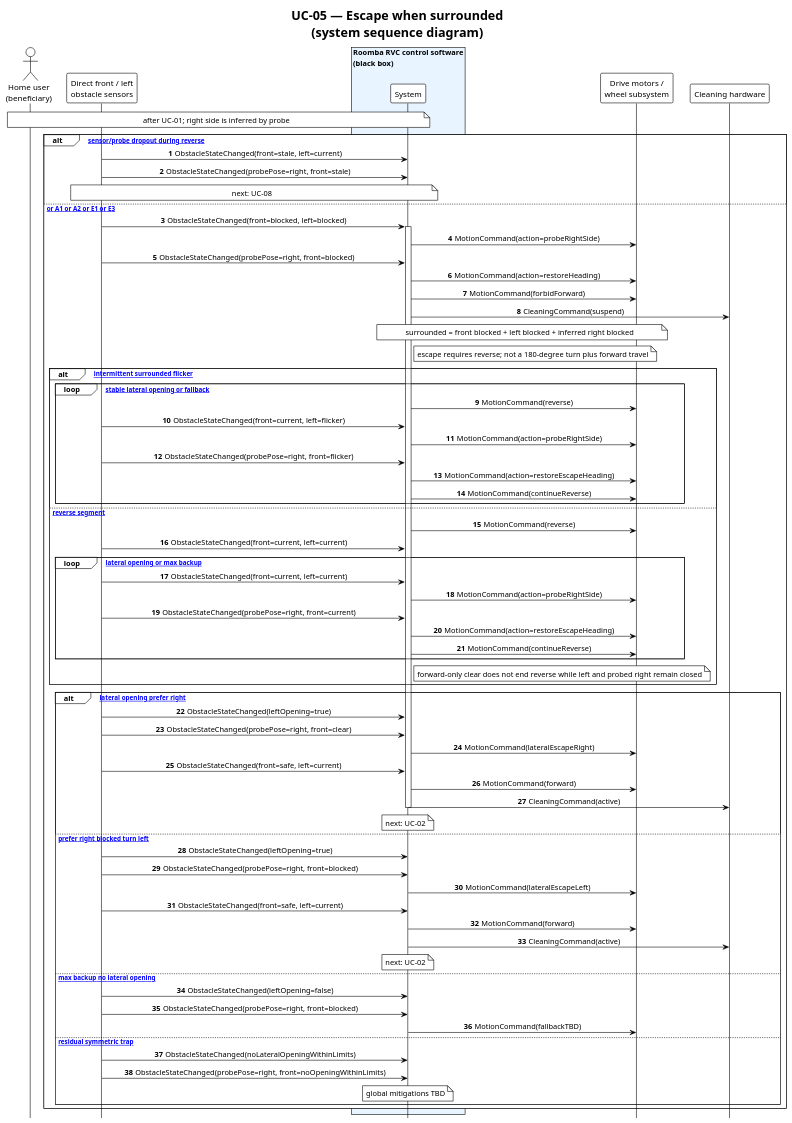
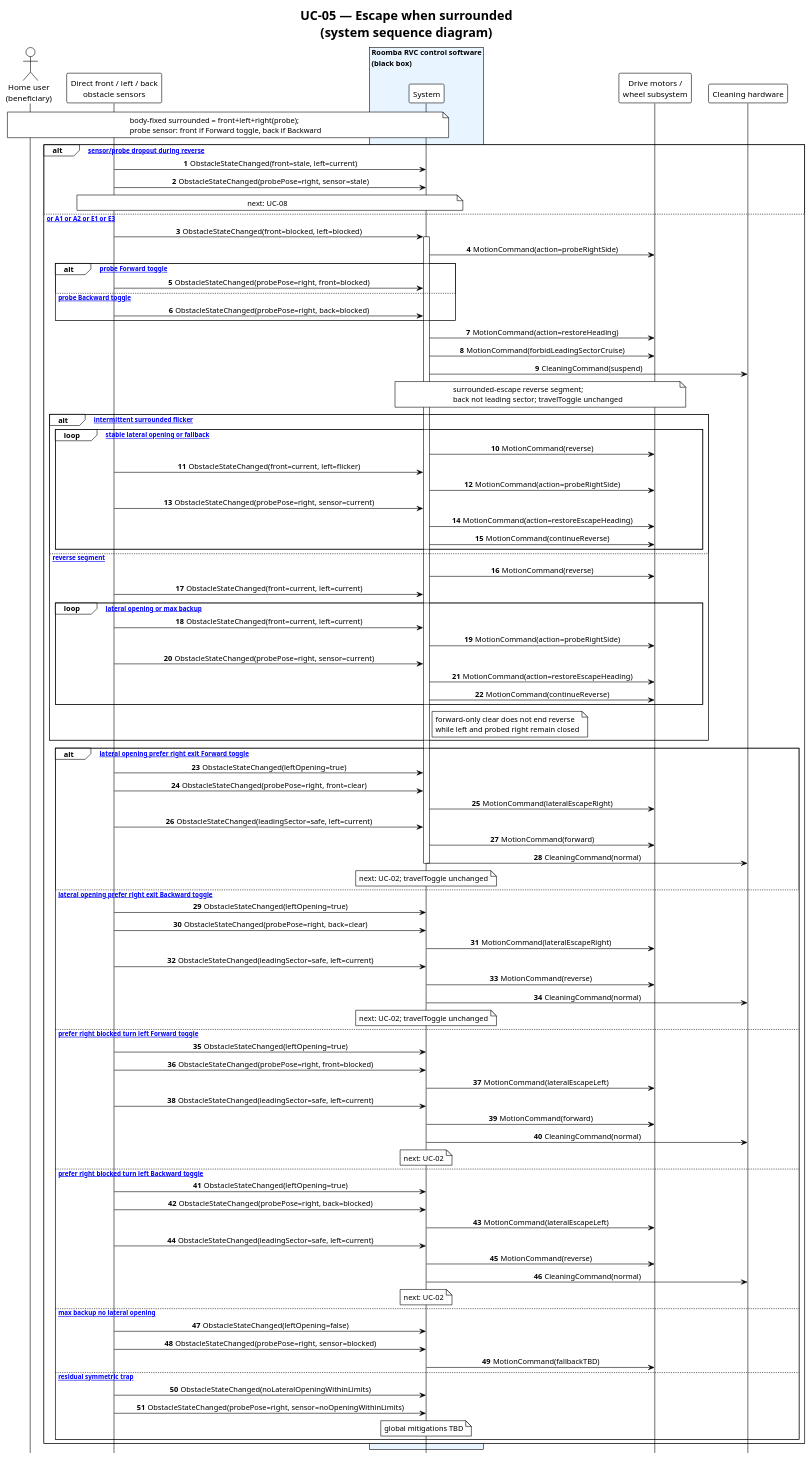
Before and after one commit to Deilise/OOAD-with-AI: the diagram in 2nd ooad/03_diagrams/ssd/UC05_system_sequence.puml, drawn with PlantUML. The commit also changed 101 other files, not shown here.

First line of the commit message:
Align RVC stack to SRS/use-case v0.7.2 (travelToggle, back sensor, dust maneuver).

```diff
--- a/2nd ooad/03_diagrams/ssd/UC05_system_sequence.puml
+++ b/2nd ooad/03_diagrams/ssd/UC05_system_sequence.puml
@@ -1,89 +1,110 @@
 @startuml UC05_system_sequence
 !theme plain
 hide footbox
 skinparam sequenceMessageAlign center
 skinparam responseMessageBelowArrow true
 skinparam BoxPadding 10
 autonumber
 
 title UC-05 — Escape when surrounded\n(system sequence diagram)
 
 actor "Home user\n(beneficiary)" as User
-participant "Direct front / left\nobstacle sensors" as Obs
+participant "Direct front / left / back\nobstacle sensors" as Obs
 box "Roomba RVC control software\n(black box)" #E8F4FF
   participant "System" as Sys
 end box
 participant "Drive motors /\nwheel subsystem" as Drv
 participant "Cleaning hardware" as Cln
 
-note over User, Sys : after UC-01; right side is inferred by probe
+note over User, Sys : body-fixed surrounded = front+left+right(probe);\nprobe sensor: front if Forward toggle, back if Backward
 
 alt [E2 sensor/probe dropout during reverse]
   Obs -> Sys : ObstacleStateChanged(front=stale, left=current)
-  Obs -> Sys : ObstacleStateChanged(probePose=right, front=stale)
+  Obs -> Sys : ObstacleStateChanged(probePose=right, sensor=stale)
   note over Obs, Sys : next: UC-08
 else [typical or A1 or A2 or E1 or E3]
   Obs -> Sys : ObstacleStateChanged(front=blocked, left=blocked)
   activate Sys
   Sys -> Drv : MotionCommand(action=probeRightSide)
-  Obs -> Sys : ObstacleStateChanged(probePose=right, front=blocked)
+  alt [initial probe Forward toggle]
+    Obs -> Sys : ObstacleStateChanged(probePose=right, front=blocked)
+  else [initial probe Backward toggle]
+    Obs -> Sys : ObstacleStateChanged(probePose=right, back=blocked)
+  end
   Sys -> Drv : MotionCommand(action=restoreHeading)
-  Sys -> Drv : MotionCommand(forbidForward)
+  Sys -> Drv : MotionCommand(forbidLeadingSectorCruise)
   Sys -> Cln : CleaningCommand(suspend)
-  note over Sys, Drv : surrounded = front blocked + left blocked + inferred right blocked
-  note right of Sys : escape requires reverse; not a 180-degree turn plus forward travel
+  note over Sys, Drv : surrounded-escape reverse segment;\nback not leading sector; travelToggle unchanged
 
   alt [A2 intermittent surrounded flicker]
     loop [until stable lateral opening or fallback]
       Sys -> Drv : MotionCommand(reverse)
       Obs -> Sys : ObstacleStateChanged(front=current, left=flicker)
       Sys -> Drv : MotionCommand(action=probeRightSide)
-      Obs -> Sys : ObstacleStateChanged(probePose=right, front=flicker)
+      Obs -> Sys : ObstacleStateChanged(probePose=right, sensor=current)
       Sys -> Drv : MotionCommand(action=restoreEscapeHeading)
       Sys -> Drv : MotionCommand(continueReverse)
     end
   else [typical reverse segment]
     Sys -> Drv : MotionCommand(reverse)
     Obs -> Sys : ObstacleStateChanged(front=current, left=current)
     loop [until lateral opening or max backup]
       Obs -> Sys : ObstacleStateChanged(front=current, left=current)
       Sys -> Drv : MotionCommand(action=probeRightSide)
-      Obs -> Sys : ObstacleStateChanged(probePose=right, front=current)
+      Obs -> Sys : ObstacleStateChanged(probePose=right, sensor=current)
       Sys -> Drv : MotionCommand(action=restoreEscapeHeading)
       Sys -> Drv : MotionCommand(continueReverse)
     end
-    note right of Sys : forward-only clear does not end reverse while left and probed right remain closed
+    note right of Sys : forward-only clear does not end reverse\nwhile left and probed right remain closed
   end
 
-  alt [typical lateral opening prefer right]
+  alt [typical lateral opening prefer right exit Forward toggle]
     Obs -> Sys : ObstacleStateChanged(leftOpening=true)
     Obs -> Sys : ObstacleStateChanged(probePose=right, front=clear)
     Sys -> Drv : MotionCommand(lateralEscapeRight)
-    Obs -> Sys : ObstacleStateChanged(front=safe, left=current)
+    Obs -> Sys : ObstacleStateChanged(leadingSector=safe, left=current)
     Sys -> Drv : MotionCommand(forward)
-    Sys -> Cln : CleaningCommand(active)
+    Sys -> Cln : CleaningCommand(normal)
     deactivate Sys
-    note over Sys : next: UC-02
-  else [A1 prefer right blocked turn left]
+    note over Sys : next: UC-02; travelToggle unchanged
+  else [typical lateral opening prefer right exit Backward toggle]
+    Obs -> Sys : ObstacleStateChanged(leftOpening=true)
+    Obs -> Sys : ObstacleStateChanged(probePose=right, back=clear)
+    Sys -> Drv : MotionCommand(lateralEscapeRight)
+    Obs -> Sys : ObstacleStateChanged(leadingSector=safe, left=current)
+    Sys -> Drv : MotionCommand(reverse)
+    Sys -> Cln : CleaningCommand(normal)
+    deactivate Sys
+    note over Sys : next: UC-02; travelToggle unchanged
+  else [A1 prefer right blocked turn left Forward toggle]
     Obs -> Sys : ObstacleStateChanged(leftOpening=true)
     Obs -> Sys : ObstacleStateChanged(probePose=right, front=blocked)
     Sys -> Drv : MotionCommand(lateralEscapeLeft)
-    Obs -> Sys : ObstacleStateChanged(front=safe, left=current)
+    Obs -> Sys : ObstacleStateChanged(leadingSector=safe, left=current)
     Sys -> Drv : MotionCommand(forward)
-    Sys -> Cln : CleaningCommand(active)
+    Sys -> Cln : CleaningCommand(normal)
+    deactivate Sys
+    note over Sys : next: UC-02
+  else [A1 prefer right blocked turn left Backward toggle]
+    Obs -> Sys : ObstacleStateChanged(leftOpening=true)
+    Obs -> Sys : ObstacleStateChanged(probePose=right, back=blocked)
+    Sys -> Drv : MotionCommand(lateralEscapeLeft)
+    Obs -> Sys : ObstacleStateChanged(leadingSector=safe, left=current)
+    Sys -> Drv : MotionCommand(reverse)
+    Sys -> Cln : CleaningCommand(normal)
     deactivate Sys
     note over Sys : next: UC-02
   else [E1 max backup no lateral opening]
     Obs -> Sys : ObstacleStateChanged(leftOpening=false)
-    Obs -> Sys : ObstacleStateChanged(probePose=right, front=blocked)
+    Obs -> Sys : ObstacleStateChanged(probePose=right, sensor=blocked)
     Sys -> Drv : MotionCommand(fallbackTBD)
     deactivate Sys
   else [E3 residual symmetric trap]
     Obs -> Sys : ObstacleStateChanged(noLateralOpeningWithinLimits)
-    Obs -> Sys : ObstacleStateChanged(probePose=right, front=noOpeningWithinLimits)
+    Obs -> Sys : ObstacleStateChanged(probePose=right, sensor=noOpeningWithinLimits)
     deactivate Sys
     note over Sys : global mitigations TBD
   end
 end
 
 @enduml
```
